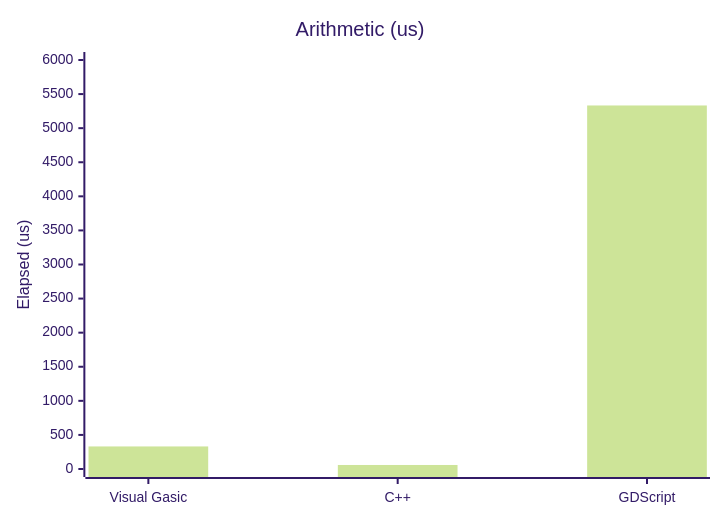
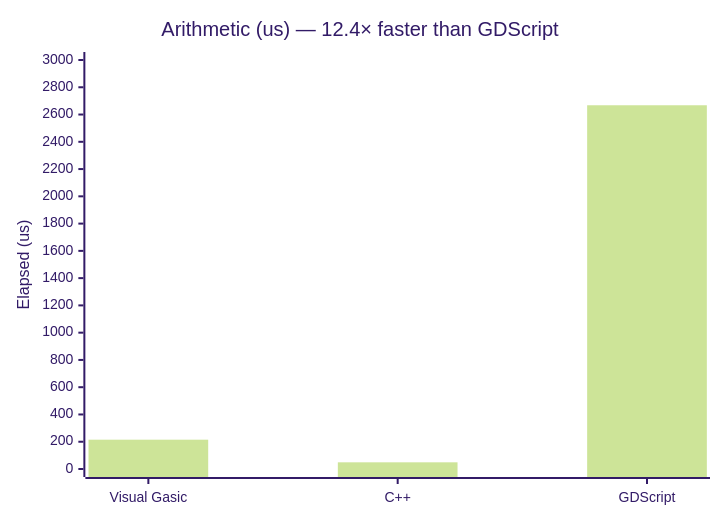
Before and after one commit to xgreenrx-star/VisualGasic: the first of 11 diagrams in docs/manual/performance.md, drawn with Mermaid (forest theme). The commit also changed other lines of this file and 50 other files, not shown here.

````diff
--- a/docs/manual/performance.md
+++ b/docs/manual/performance.md
@@ -91,7 +141,7 @@
 ```mermaid
 xychart-beta
-    title "Arithmetic (us)"
+    title "Arithmetic (us) — 12.4× faster than GDScript"
     x-axis ["Visual Gasic","C++","GDScript"]
-    y-axis "Elapsed (us)" 0 --> 6000
-    bar [331,59,5333]
+    y-axis "Elapsed (us)" 0 --> 3000
+    bar [215,49,2668]
 ```
````
